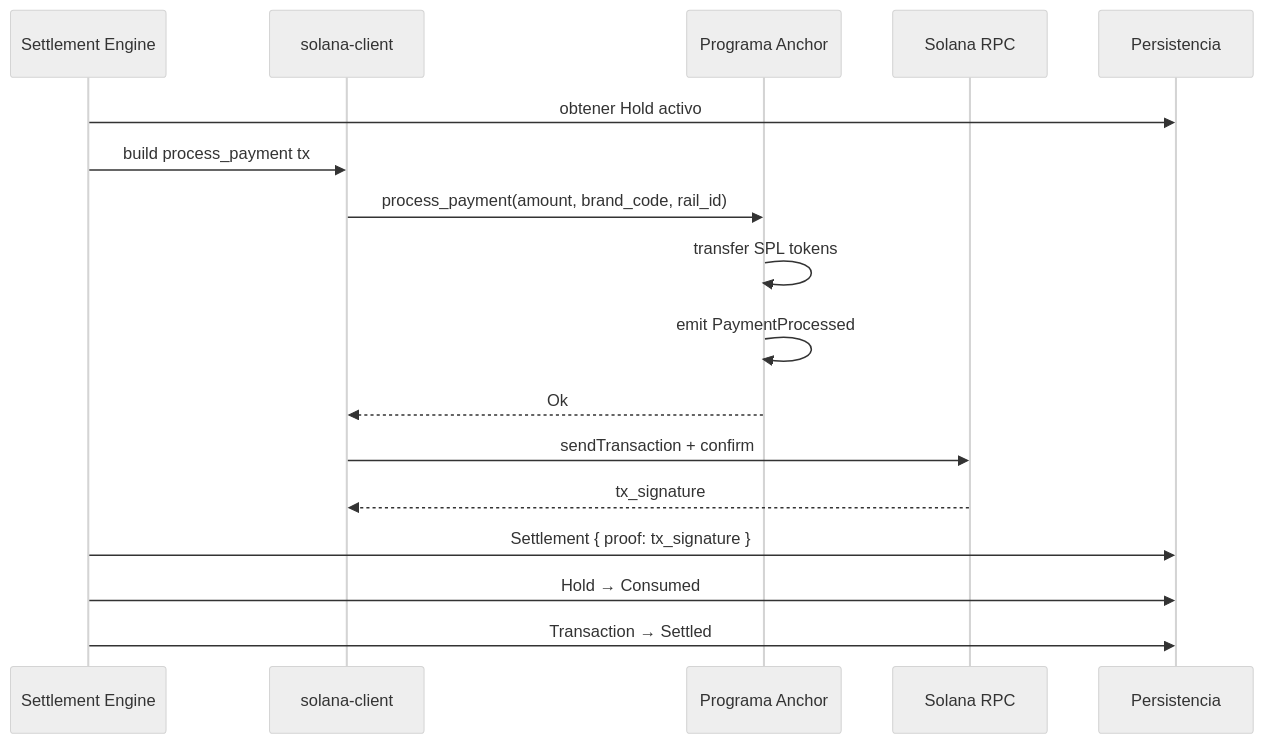
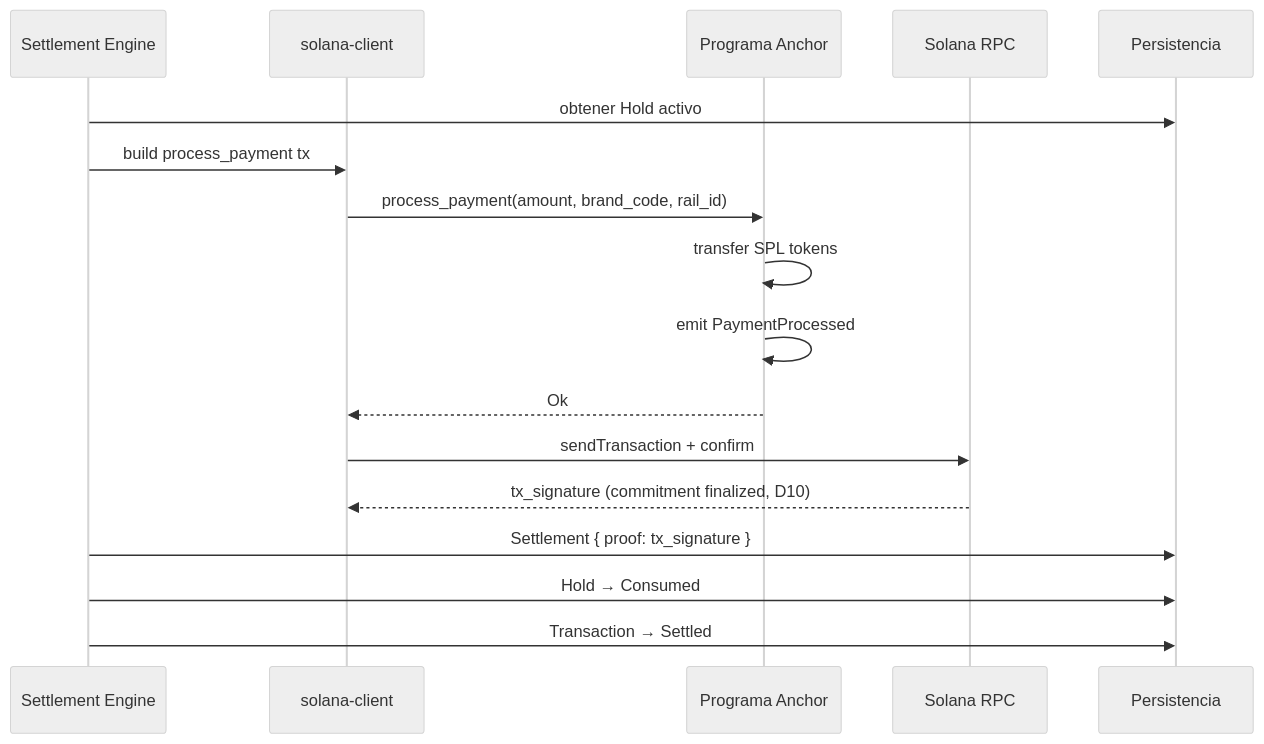
One commit to rastrahm/pasarela changed diagram 14 of 17 in Doc/Casos-de-Uso-ER-Flujos.md. Above: the diagram before and after it, drawn with Mermaid (neutral theme). The commit also changed other lines of this file and 4 other files, not shown here.

````diff
--- a/Doc/Casos-de-Uso-ER-Flujos.md
+++ b/Doc/Casos-de-Uso-ER-Flujos.md
@@ -838,20 +915,20 @@
 ```mermaid
 sequenceDiagram
     participant SE as Settlement Engine
     participant SC as solana-client
     participant PRG as Programa Anchor
     participant RPC as Solana RPC
     participant DB as Persistencia
 
     SE->>DB: obtener Hold activo
     SE->>SC: build process_payment tx
     SC->>PRG: process_payment(amount, brand_code, rail_id)
     PRG->>PRG: transfer SPL tokens
     PRG->>PRG: emit PaymentProcessed
     PRG-->>SC: Ok
     SC->>RPC: sendTransaction + confirm
-    RPC-->>SC: tx_signature
+    RPC-->>SC: tx_signature (commitment finalized, D10)
     SE->>DB: Settlement { proof: tx_signature }
     SE->>DB: Hold → Consumed
     SE->>DB: Transaction → Settled
 ```
````
